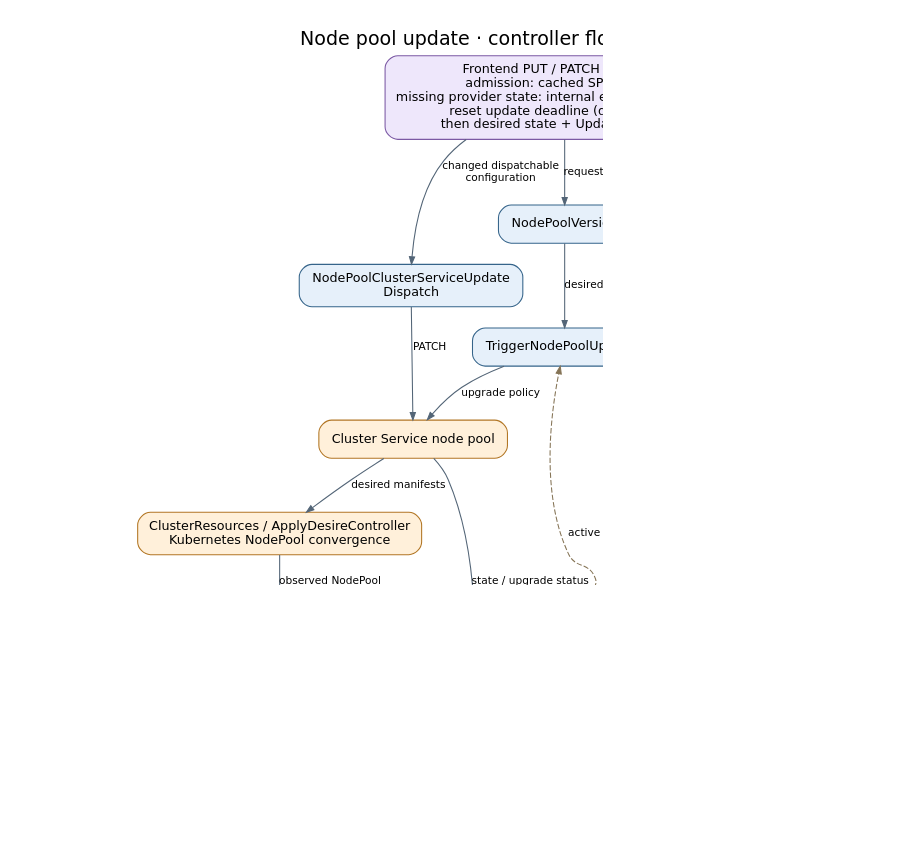
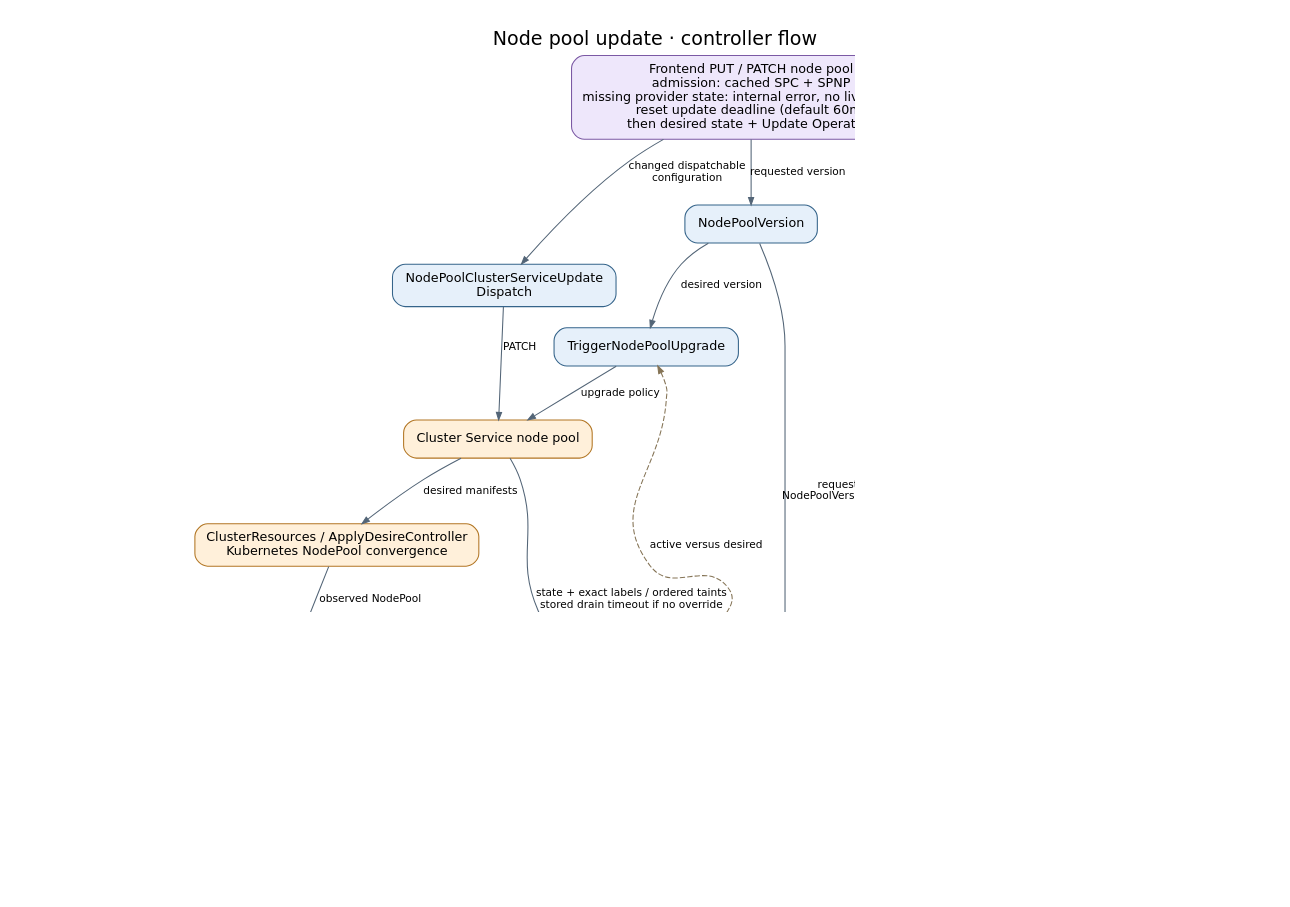
One commit to Azure/ARO-HCP changed the diagram in docs/generated/diagrams/controller-flows/nodepool-update.dot. Above: the diagram before and after it, drawn with Graphviz. The commit also changed 18 other files, not shown here.

Commit message:
docs: sync generated service-provider control flows

```diff
--- a/docs/generated/diagrams/controller-flows/nodepool-update.dot
+++ b/docs/generated/diagrams/controller-flows/nodepool-update.dot
@@ -1,31 +1,32 @@
 digraph nodepool_update {
   graph [rankdir=TB, bgcolor="white", pad="0.3", nodesep="0.4", ranksep="0.55", fontname="DejaVu Sans", fontsize=18, labelloc=t, label="Node pool update · controller flow", dpi=110];
   node [shape=box, style="rounded,filled", fillcolor="#e6f0fa", color="#35648a", fontname="DejaVu Sans", fontsize=12, margin="0.16,0.10"];
   edge [color="#536577", fontname="DejaVu Sans", fontsize=10, arrowsize=0.7];
   api [label="Frontend PUT / PATCH node pool\nadmission: cached SPC + SPNP\nmissing provider state: internal error, no live fallback\nreset update deadline (default 60m)\nthen desired state + Update Operation", fillcolor="#eee7fb", color="#7b59a4"];
   dispatch [label="NodePoolClusterServiceUpdate\nDispatch", fillcolor="#e6f0fa", color="#35648a"];
   version [label="NodePoolVersion", fillcolor="#e6f0fa", color="#35648a"];
   upgrade [label="TriggerNodePoolUpgrade", fillcolor="#e6f0fa", color="#35648a"];
   cs [label="Cluster Service node pool", fillcolor="#fff0da", color="#b27624"];
   kube [label="ClusterResources / ApplyDesireController\nKubernetes NodePool convergence", fillcolor="#fff0da", color="#b27624"];
   mirror [label="ReadDesireKubernetesController", fillcolor="#e6f0fa", color="#35648a"];
   active [label="NodePoolActiveVersions", fillcolor="#e6f0fa", color="#35648a"];
-  op [label="OperationNodePoolUpdate", fillcolor="#e6f0fa", color="#35648a"];
+  op [label="OperationNodePoolUpdate\nmatching operation; nondeleting + CS ID\nno direct installed-version gate", fillcolor="#e6f0fa", color="#35648a"];
   done [label="ARM operation terminal state", fillcolor="#e4f2e5", color="#4c8053"];
   api -> dispatch [label="changed dispatchable\nconfiguration"];
   api -> version [label="requested version"];
   version -> upgrade [label="desired version"];
+  version -> op [label="requested / resolved equality; mismatch:\nNodePoolVersion IntentFailed + conditional 129s timer"];
   dispatch -> cs [label="PATCH"];
   upgrade -> cs [label="upgrade policy"];
   cs -> kube [label="desired manifests"];
   kube -> mirror [label="observed NodePool"];
   mirror -> active [label="observed version"];
   api -> op [label="UpdateOperationCompletionDeadline"];
-  cs -> op [label="state / upgrade status"];
-  mirror -> op [label="replicas + health conditions\n(health skipped at fixed zero)"];
+  cs -> op [label="state + exact labels / ordered taints\nstored drain timeout if no override"];
+  mirror -> op [label="label / taint subsets + scaling / drain spec\nreplicas + health (skip health at fixed zero)"];
   op -> done [label="completion / failure checks;\npending past deadline: selected code + reasons;\nonly InternalServerError becomes DeadlineExceeded"];
   observed [label="Customer resource Status.ActiveVersions\nfull OCP versions", fillcolor="#e4f2e5", color="#4c8053"];
   active -> observed [label="separate Cosmos replace"];
   active -> upgrade [label="active versus desired", style=dashed, color="#857456", constraint=false];
   op -> op [label="pending: poll again", style=dashed, color="#857456", constraint=false];
 }
```
